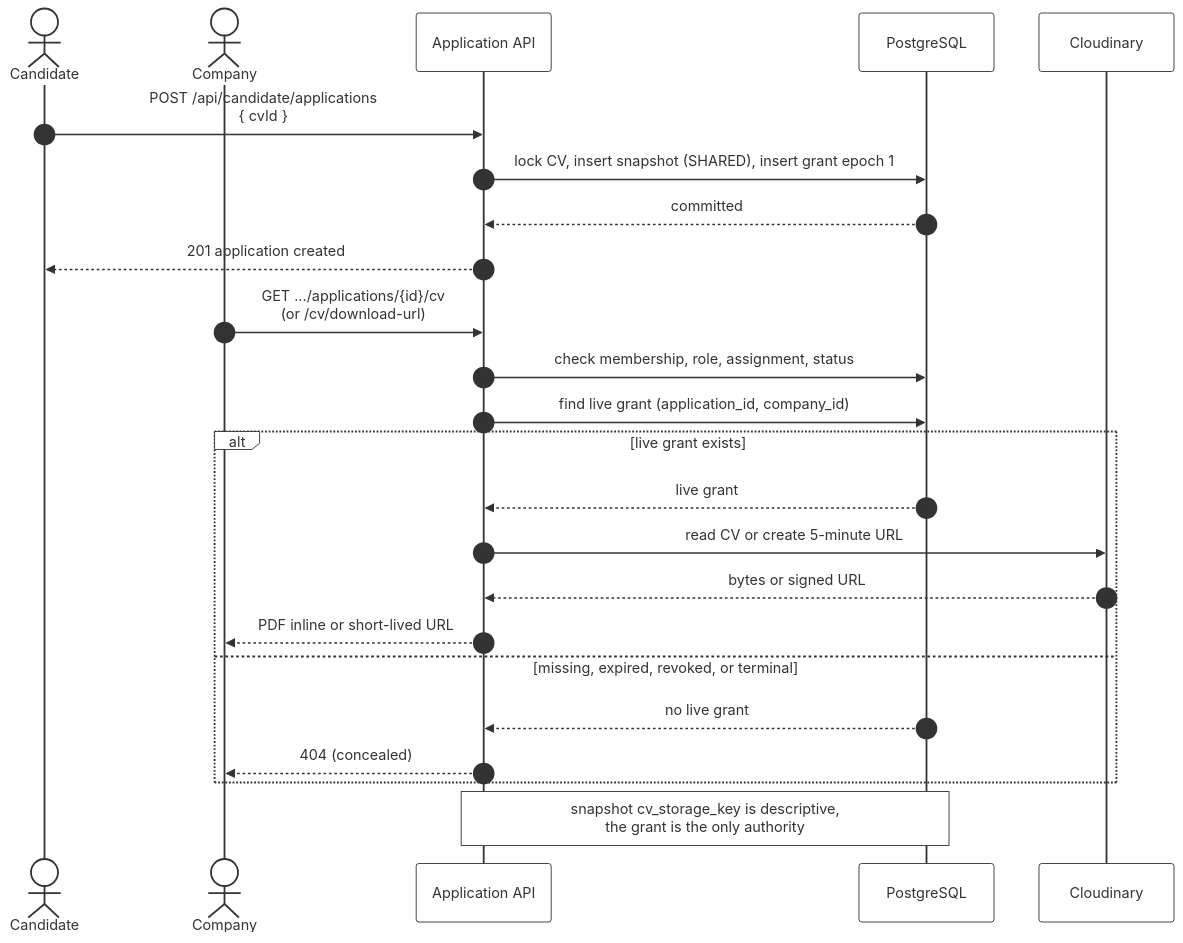
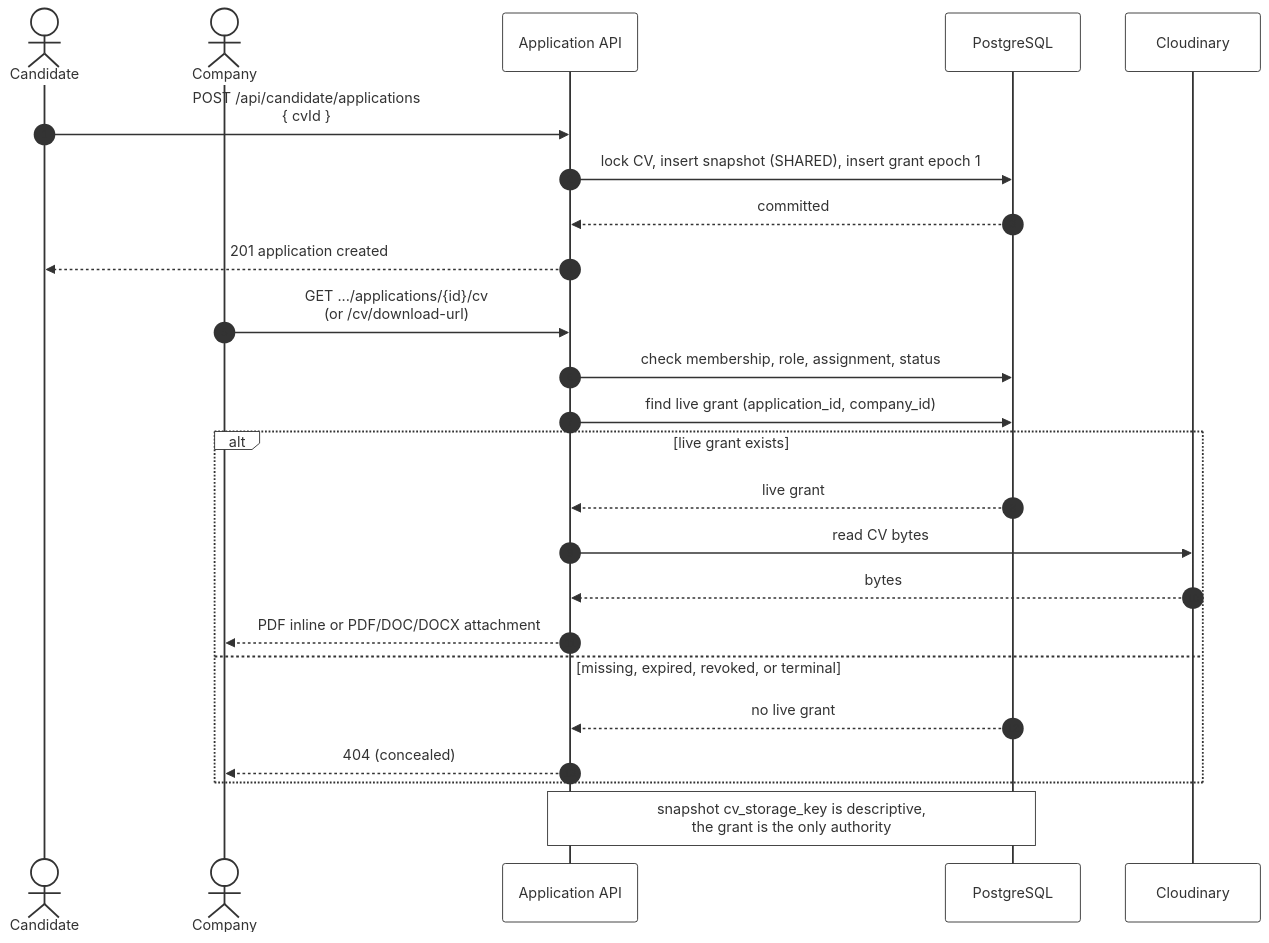
One commit to GuardianWork/guard-work changed the second of 5 diagrams in docs/backend/candidate-cv-access-grant-diagrams.md. Above: the diagram before and after it, drawn with Mermaid. The commit also changed 10 other files, not shown here.

````diff
--- a/docs/backend/candidate-cv-access-grant-diagrams.md
+++ b/docs/backend/candidate-cv-access-grant-diagrams.md
@@ -45,31 +45,31 @@
 ```mermaid
 %%{init: {'theme': 'base', 'themeVariables': {'primaryColor': '#ffffff', 'primaryTextColor': '#333333', 'primaryBorderColor': '#333333', 'secondaryColor': '#ffffff', 'tertiaryColor': '#ffffff', 'mainBkg': '#ffffff', 'nodeBorder': '#333333', 'textColor': '#333333', 'lineColor': '#333333', 'clusterBkg': '#ffffff', 'clusterBorder': '#333333', 'edgeLabelBackground': '#ffffff', 'noteBkgColor': '#ffffff', 'noteBorderColor': '#333333', 'noteTextColor': '#333333', 'actorBkg': '#ffffff', 'actorBorder': '#333333', 'actorTextColor': '#333333', 'actorLineColor': '#333333', 'signalColor': '#333333', 'signalTextColor': '#333333', 'labelBoxBkgColor': '#ffffff', 'labelBoxBorderColor': '#333333', 'labelTextColor': '#333333', 'loopTextColor': '#333333', 'activationBkgColor': '#ffffff', 'activationBorderColor': '#333333', 'sequenceNumberColor': '#333333', 'fontFamily': 'Helvetica, Arial, sans-serif', 'fontSize': '13px'}, 'themeCSS': '.node rect, .statediagram-state rect, .statediagram-note rect, .note, .actor, .labelBox { rx: 0px !important; ry: 0px !important; }'}}%%
 sequenceDiagram
     autonumber
     actor Candidate
     actor Company
     participant API as Application API
     participant DB as PostgreSQL
     participant Storage as Cloudinary
 
     Candidate->>API: POST /api/candidate/applications<br/>{ cvId }
     API->>DB: lock CV, insert snapshot (SHARED), insert grant epoch 1
     DB-->>API: committed
     API-->>Candidate: 201 application created
 
     Company->>API: GET .../applications/{id}/cv<br/>(or /cv/download-url)
     API->>DB: check membership, role, assignment, status
     API->>DB: find live grant (application_id, company_id)
 
     alt live grant exists
         DB-->>API: live grant
-        API->>Storage: read CV or create 5-minute URL
-        Storage-->>API: bytes or signed URL
-        API-->>Company: PDF inline or short-lived URL
+        API->>Storage: read CV bytes
+        Storage-->>API: bytes
+        API-->>Company: PDF inline or PDF/DOC/DOCX attachment
     else missing, expired, revoked, or terminal
         DB-->>API: no live grant
         API-->>Company: 404 (concealed)
     end
 
     Note over API,DB: snapshot cv_storage_key is descriptive,<br/>the grant is the only authority
 ```
````
